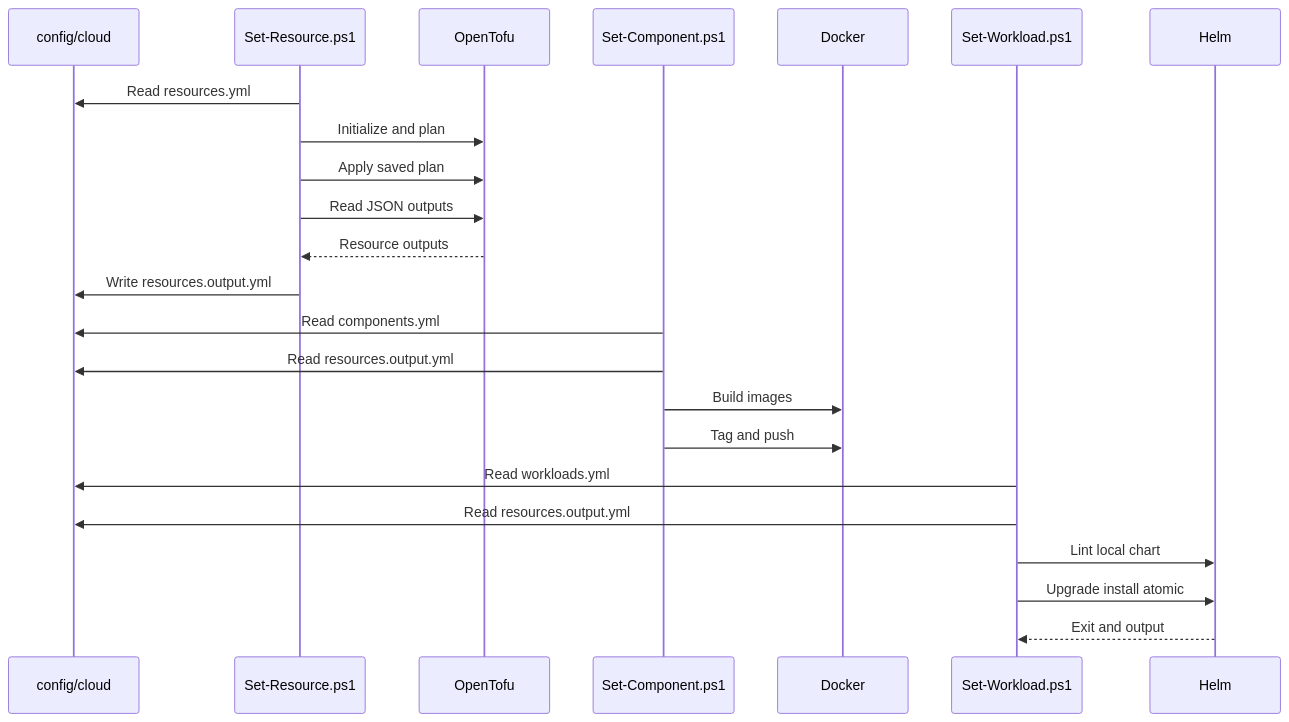
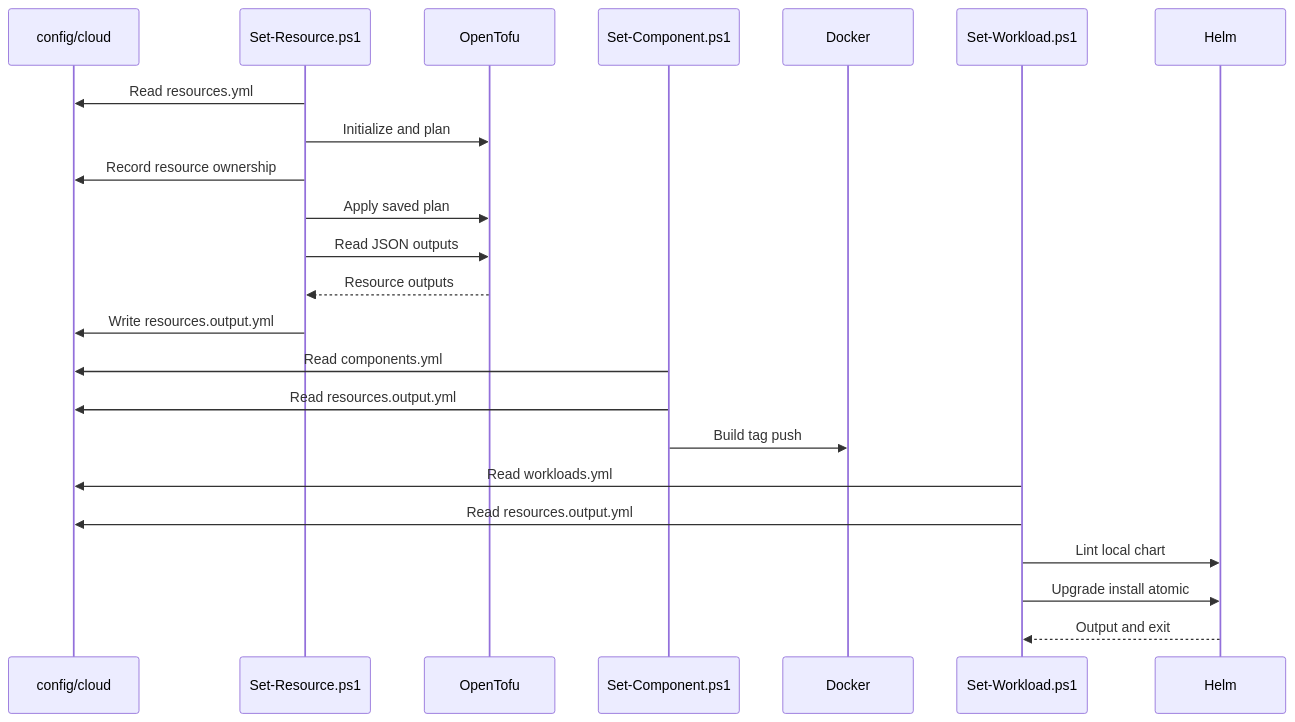
Before and after one commit to alissonsol/yuruna: the first of 9 diagrams in docs/design/03-data-flows.md, drawn with Mermaid. The commit also changed other lines of this file and 1371 other files, not shown here.

````diff
--- a/docs/design/03-data-flows.md
+++ b/docs/design/03-data-flows.md
@@ -11,25 +11,25 @@
 ```mermaid
 sequenceDiagram
     participant config-cloud as config/cloud
     participant set-resource-ps1 as Set-Resource.ps1
     participant tofu as OpenTofu
     participant set-component-ps1 as Set-Component.ps1
     participant docker as Docker
     participant set-workload-ps1 as Set-Workload.ps1
     participant helm as Helm
     set-resource-ps1->>config-cloud: Read resources.yml
     set-resource-ps1->>tofu: Initialize and plan
+    set-resource-ps1->>config-cloud: Record resource ownership
     set-resource-ps1->>tofu: Apply saved plan
     set-resource-ps1->>tofu: Read JSON outputs
     tofu-->>set-resource-ps1: Resource outputs
     set-resource-ps1->>config-cloud: Write resources.output.yml
     set-component-ps1->>config-cloud: Read components.yml
     set-component-ps1->>config-cloud: Read resources.output.yml
-    set-component-ps1->>docker: Build images
-    set-component-ps1->>docker: Tag and push
+    set-component-ps1->>docker: Build tag push
     set-workload-ps1->>config-cloud: Read workloads.yml
     set-workload-ps1->>config-cloud: Read resources.output.yml
     set-workload-ps1->>helm: Lint local chart
     set-workload-ps1->>helm: Upgrade install atomic
-    helm-->>set-workload-ps1: Exit and output
+    helm-->>set-workload-ps1: Output and exit
 ```
````
